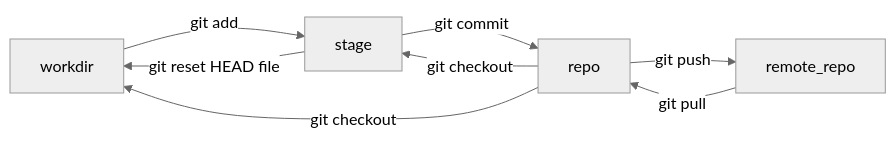
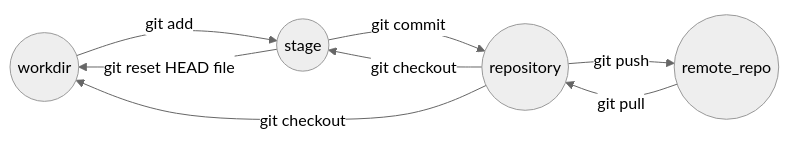
Before and after one commit to qffa/personalnote: the diagram in Linux/git/repo.md, drawn with Mermaid (neutral theme). The commit also changed 4 other files, not shown here.

````diff
--- a/Linux/git/repo.md
+++ b/Linux/git/repo.md
@@ -5,10 +5,10 @@
 ```mermaid
 graph LR
-  workdir --git add--> stage
-  stage --git reset HEAD file--> workdir
-  stage --git commit--> repo
-  repo --git checkout --> stage
-  repo --git push--> remote_repo
-  remote_repo --git pull--> repo
-  repo --git checkout--> workdir
+  A((workdir)) --git add--> B((stage))
+  B --git reset HEAD file--> A
+  B --git commit--> C((repository))
+  C --git checkout --> B
+  C --git push--> D((remote_repo))
+  D --git pull--> C
+  C --git checkout--> A
 ```
````
